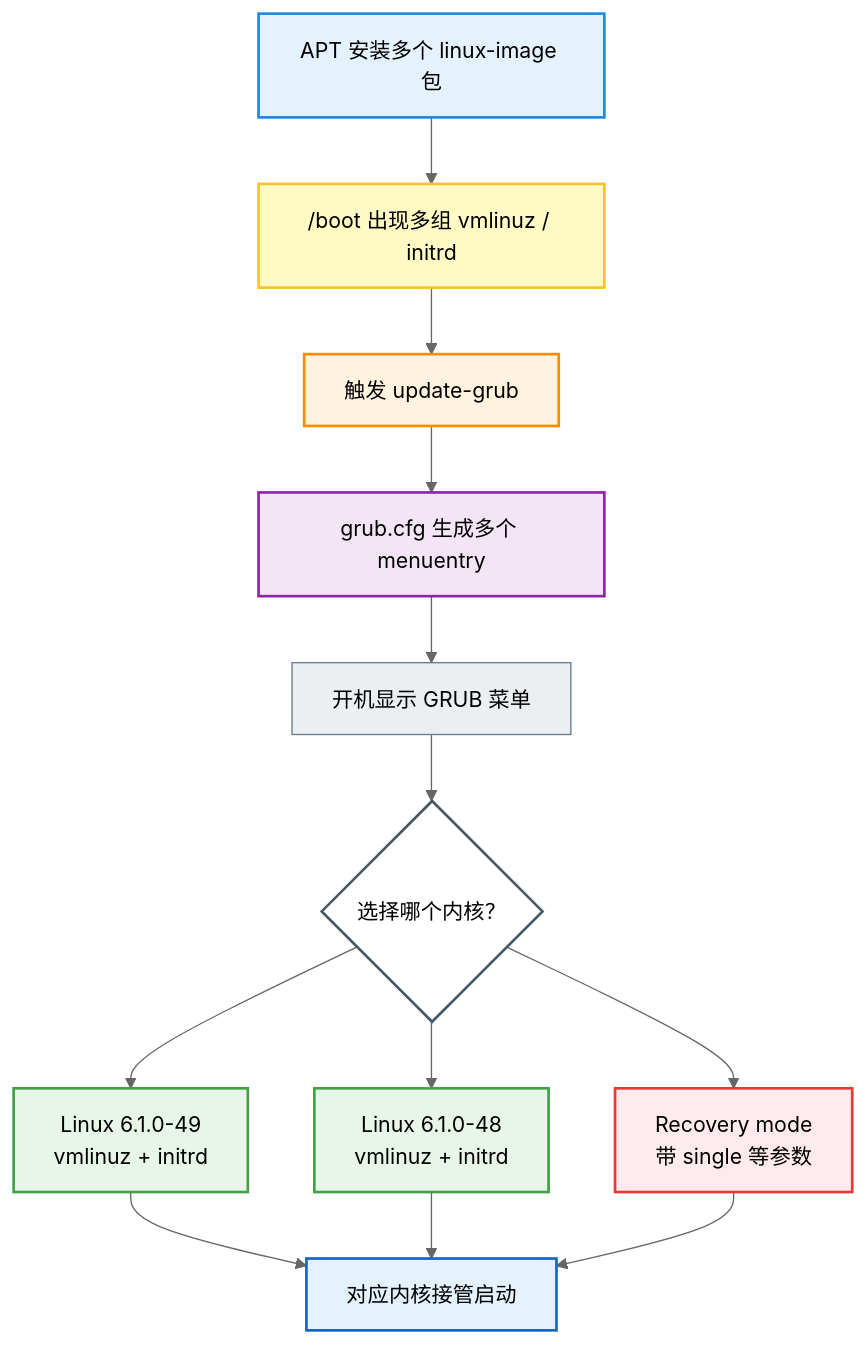
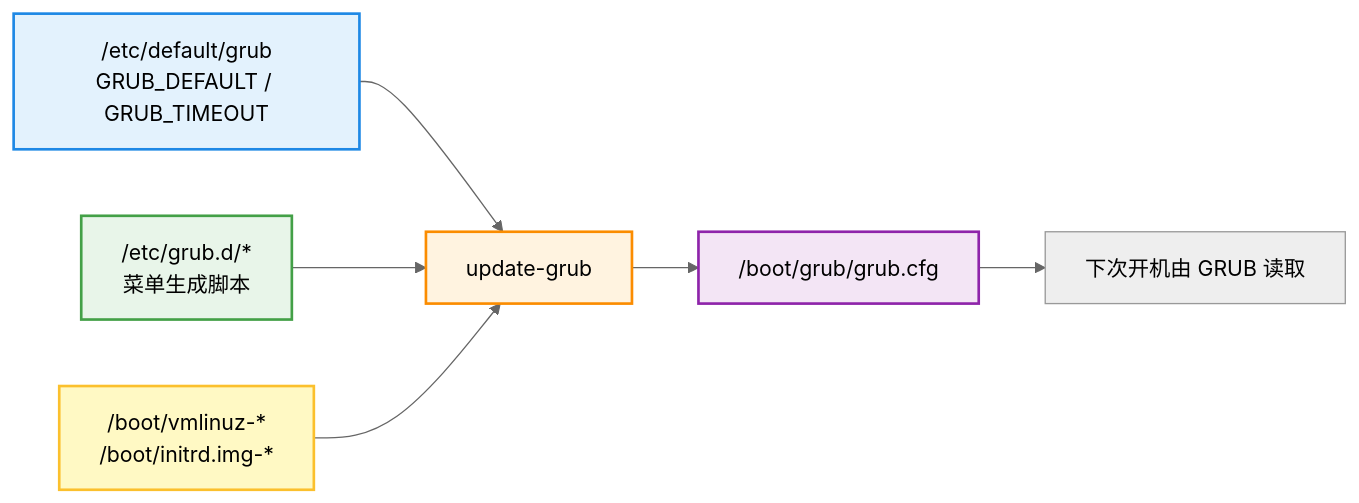
Before and after one commit to puppylpg/puppylpg.github.io: the third of 3 diagrams in _posts/2026-06-10-grub-kernel-boot-relationship.md, drawn with Mermaid (neutral theme). The commit also changed other lines of this file and 5 other files, not shown here.

````diff
--- a/_posts/2026-06-10-grub-kernel-boot-relationship.md
+++ b/_posts/2026-06-10-grub-kernel-boot-relationship.md
@@ -175,25 +191,14 @@
 ```mermaid
-flowchart TD
-    install["APT 安装多个 linux-image 包"] --> files["/boot 出现多组 vmlinuz / initrd"]
-    files --> update["触发 update-grub"]
-    update --> menu["grub.cfg 生成多个 menuentry"]
-    menu --> boot["开机显示 GRUB 菜单"]
-    boot --> choose{"选择哪个内核？"}
-    choose --> k49["Linux 6.1.0-49<br/>vmlinuz + initrd"]
-    choose --> k48["Linux 6.1.0-48<br/>vmlinuz + initrd"]
-    choose --> recovery["Recovery mode<br/>带 single 等参数"]
-    k49 --> run["对应内核接管启动"]
-    k48 --> run
-    recovery --> run
+flowchart LR
+    defaultCfg["/etc/default/grub<br/>GRUB_DEFAULT / GRUB_TIMEOUT"] --> update["update-grub"]
+    scripts["/etc/grub.d/*<br/>菜单生成脚本"] --> update
+    bootFiles["/boot/vmlinuz-*<br/>/boot/initrd.img-*"] --> update
+    update --> grubCfg["/boot/grub/grub.cfg"]
+    grubCfg --> nextBoot["下次开机由 GRUB 读取"]
 
-    style install fill:#e3f2fd,stroke:#1e88e5,stroke-width:2px
-    style files fill:#fff9c4,stroke:#fbc02d,stroke-width:2px
+    style defaultCfg fill:#e3f2fd,stroke:#1e88e5,stroke-width:2px
+    style scripts fill:#e8f5e9,stroke:#43a047,stroke-width:2px
+    style bootFiles fill:#fff9c4,stroke:#fbc02d,stroke-width:2px
     style update fill:#fff3e0,stroke:#fb8c00,stroke-width:2px
-    style menu fill:#f3e5f5,stroke:#8e24aa,stroke-width:2px
-    style boot fill:#eceff1,stroke:#607d8b,stroke-width:1px
-    style choose fill:#ffffff,stroke:#455a64,stroke-width:2px
-    style k49 fill:#e8f5e9,stroke:#43a047,stroke-width:2px
-    style k48 fill:#e8f5e9,stroke:#43a047,stroke-width:2px
-    style recovery fill:#ffebee,stroke:#e53935,stroke-width:2px
-    style run fill:#e3f2fd,stroke:#1565c0,stroke-width:2px
+    style grubCfg fill:#f3e5f5,stroke:#8e24aa,stroke-width:2px
 ```
````
